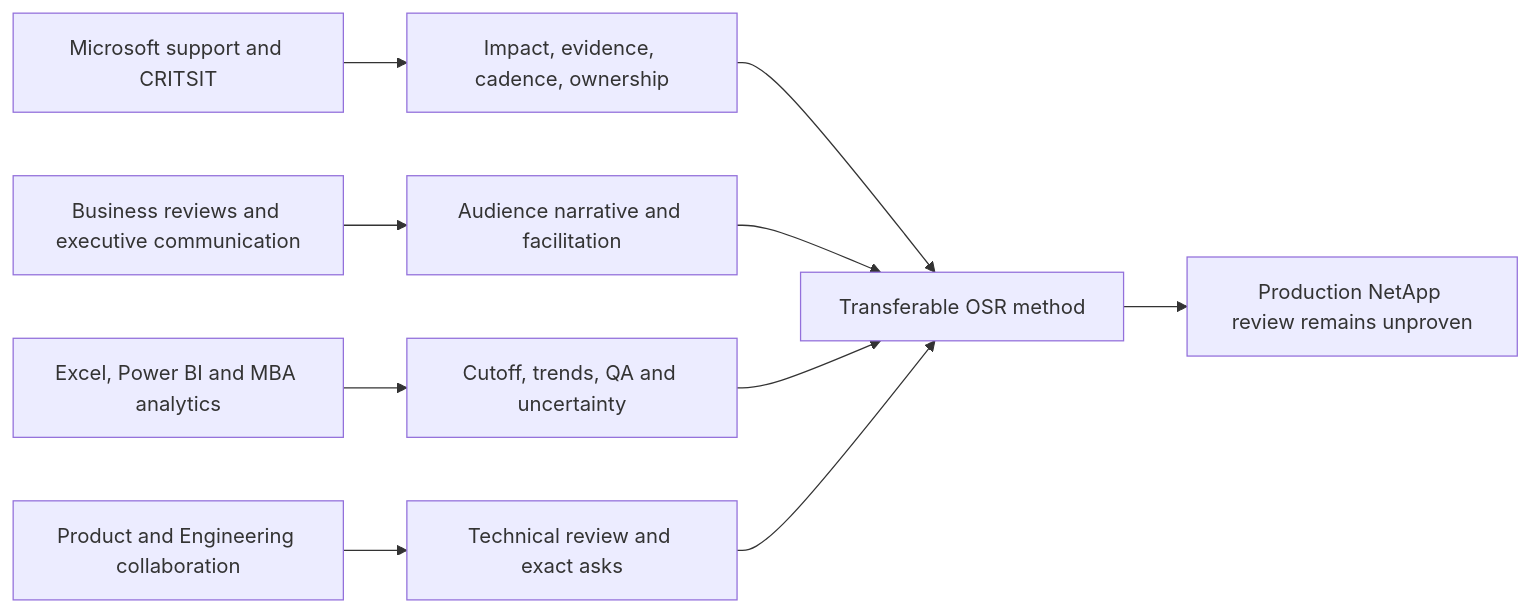
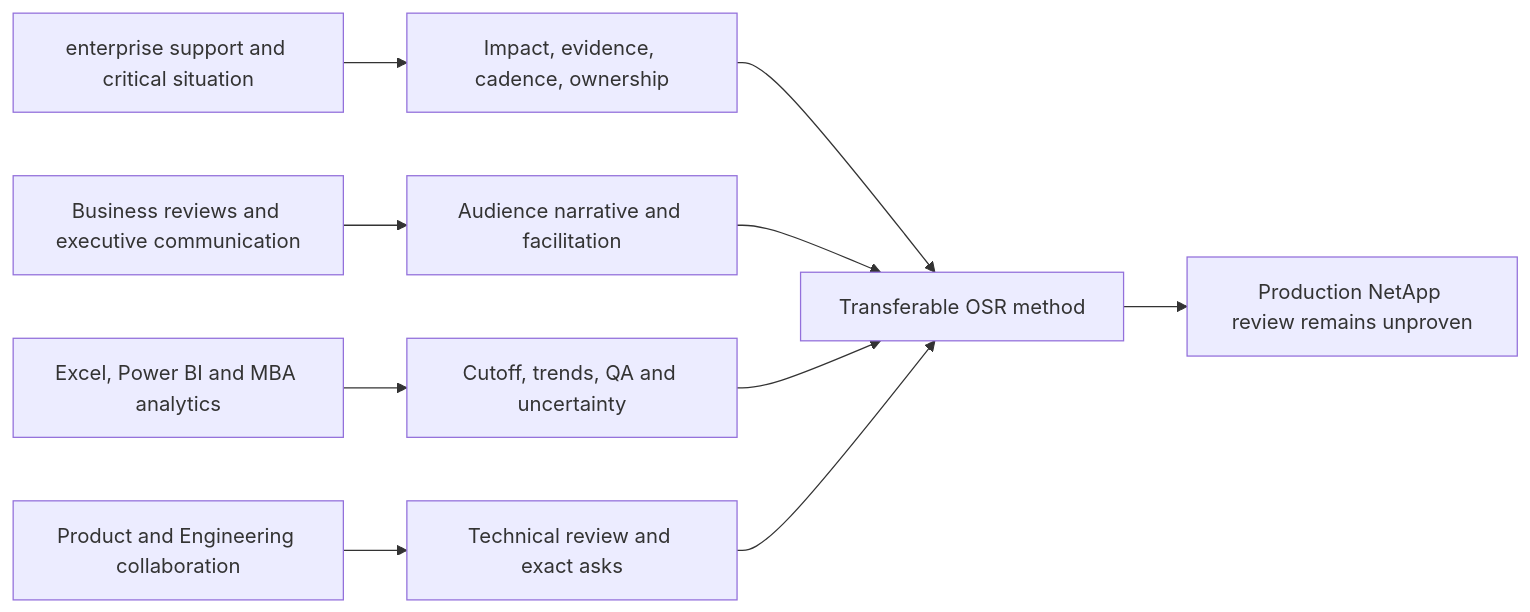
Before and after one commit to hichauhan-in/Interview-Prep: diagram 21 of 22 in NetApp TAM/prep/Part-61-operational-service-review-lifecycle.md, drawn with Mermaid. The commit also changed other lines of this file and 493 other files, not shown here.

````diff
--- a/NetApp TAM/prep/Part-61-operational-service-review-lifecycle.md
+++ b/NetApp TAM/prep/Part-61-operational-service-review-lifecycle.md
@@ -689,12 +689,12 @@
 ```mermaid
 flowchart LR
-    MS[Microsoft support and CRITSIT] --> IMP[Impact, evidence, cadence, ownership]
+    MS[enterprise support and critical situation] --> IMP[Impact, evidence, cadence, ownership]
     REV[Business reviews and executive communication] --> STORY[Audience narrative and facilitation]
     BI[Excel, Power BI and MBA analytics] --> DATA[Cutoff, trends, QA and uncertainty]
     ENG[Product and Engineering collaboration] --> REVIEW[Technical review and exact asks]
     IMP --> TAM[Transferable OSR method]
     STORY --> TAM
     DATA --> TAM
     REVIEW --> TAM
     TAM --> GAP[Production NetApp review remains unproven]
 ```
````
